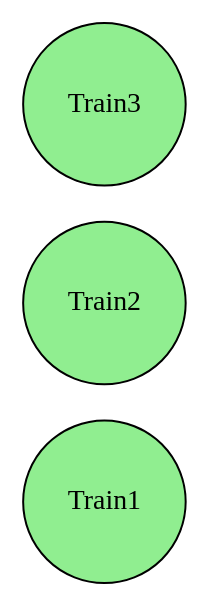
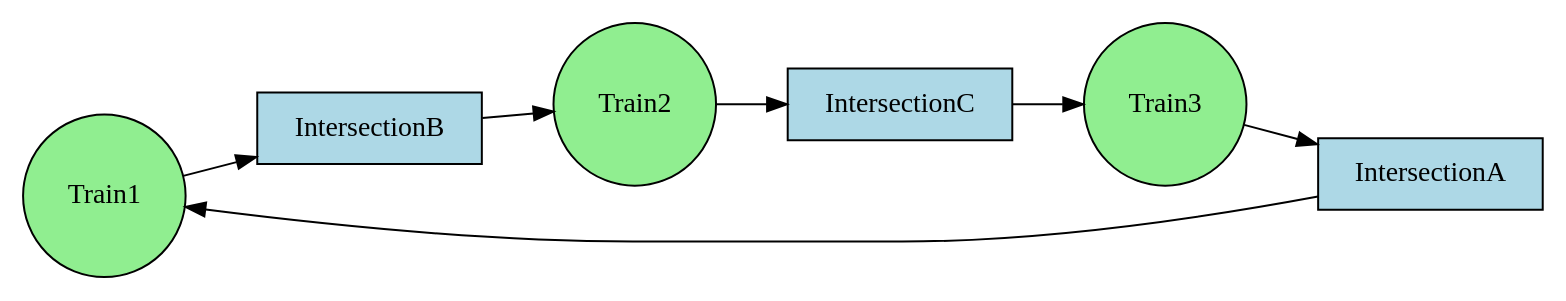
The diagram in rag.dot (Epsilon157/Group-D), drawn with Graphviz before and after one commit. The commit also changed 3 other files, not shown here.

```diff
--- a/rag.dot
+++ b/rag.dot
@@ -1,7 +1,13 @@
 digraph RAG {
   rankdir=LR;
   node [shape=rectangle, style=filled, fillcolor=lightblue];
   "Train1" [shape=circle, fillcolor=lightgreen];
+  "IntersectionA" -> "Train1";
+  "Train1" -> "IntersectionB";
   "Train2" [shape=circle, fillcolor=lightgreen];
+  "IntersectionB" -> "Train2";
+  "Train2" -> "IntersectionC";
   "Train3" [shape=circle, fillcolor=lightgreen];
+  "IntersectionC" -> "Train3";
+  "Train3" -> "IntersectionA";
 }
```
